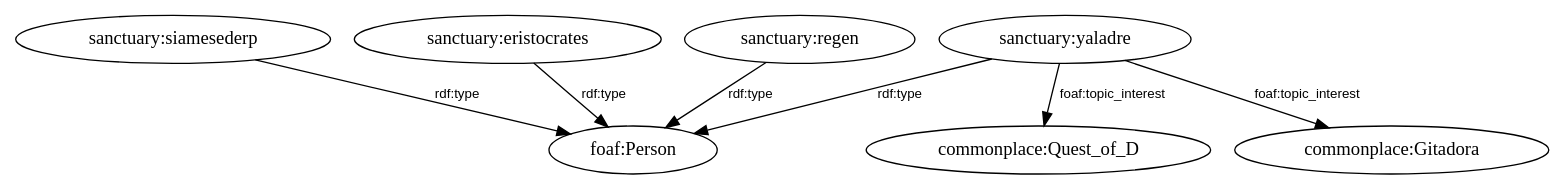
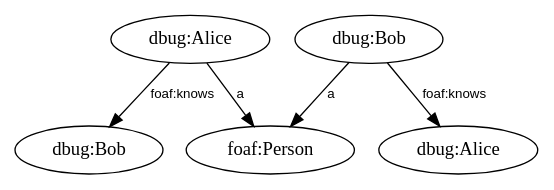
Before and after one commit to eristocrates/ipa: the diagram in Source-code/Host-environment/Common-Language-Runtime/FSharp/Project/HelloFable/test_graph/test_graph.yog.dot, drawn with Graphviz. The commit also changed 1319 other files, not shown here.

```diff
--- a/Source-code/Host-environment/Common-Language-Runtime/FSharp/Project/HelloFable/test_graph/test_graph.yog.dot
+++ b/Source-code/Host-environment/Common-Language-Runtime/FSharp/Project/HelloFable/test_graph/test_graph.yog.dot
@@ -1,17 +1,13 @@
 digraph G {
   node [shape=ellipse];
   edge [fontname="Helvetica", fontsize=10];
-  0 [label="sanctuary:siamesederp"];
-  1 [label="foaf:Person"];
-  2 [label="sanctuary:eristocrates"];
-  3 [label="sanctuary:yaladre"];
-  4 [label="commonplace:Quest_of_D"];
-  5 [label="sanctuary:regen"];
-  6 [label="commonplace:Gitadora"];
-  0 -> 1 [label="rdf:type"];
-  2 -> 1 [label="rdf:type"];
-  3 -> 1 [label="rdf:type"];
-  3 -> 4 [label="foaf:topic_interest"];
-  3 -> 6 [label="foaf:topic_interest"];
-  5 -> 1 [label="rdf:type"];
+  0 [label="dbug:Alice"];
+  1 [label="dbug:Bob"];
+  2 [label="dbug:Bob"];
+  3 [label="dbug:Alice"];
+  4 [label="foaf:Person"];
+  0 -> 1 [label="foaf:knows"];
+  0 -> 4 [label="a"];
+  2 -> 3 [label="foaf:knows"];
+  2 -> 4 [label="a"];
 }
```
